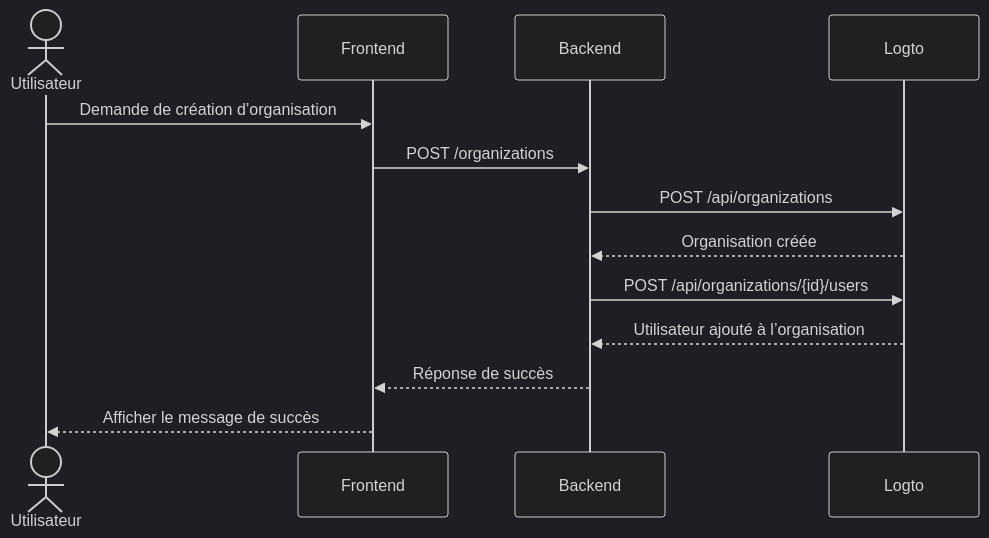
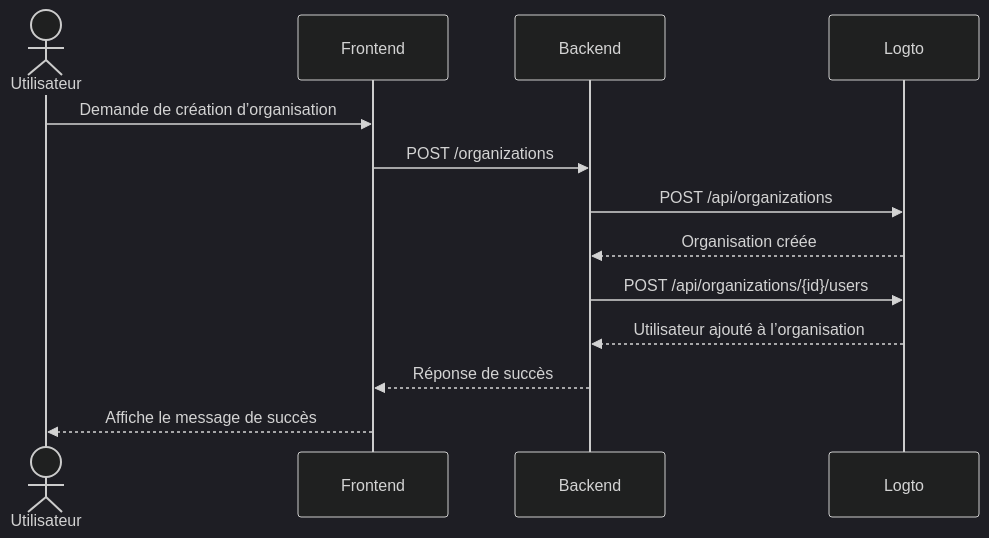
The seventh of 7 diagrams in i18n/fr/docusaurus-plugin-content-docs/current/use-cases/multi-tenancy/build-multi-tenant-saas-application.mdx (logto-io/docs), drawn with Mermaid (dark theme) before and after one commit. The commit also changed other lines of this file and 666 other files, not shown here.

````diff
--- a/i18n/fr/docusaurus-plugin-content-docs/current/use-cases/multi-tenancy/build-multi-tenant-saas-application.mdx
+++ b/i18n/fr/docusaurus-plugin-content-docs/current/use-cases/multi-tenancy/build-multi-tenant-saas-application.mdx
@@ -572,16 +572,16 @@
 ```mermaid
 sequenceDiagram
   actor A as Utilisateur
   participant B as Frontend
   participant C as Backend
   participant D as Logto
 
   A->>B: Demande de création d’organisation
   B->>C: POST /organizations
   C->>D: POST /api/organizations
   D-->>C: Organisation créée
   C->>D: POST /api/organizations/{id}/users
   D-->>C: Utilisateur ajouté à l’organisation
   C-->>B: Réponse de succès
-  B-->>A: Afficher le message de succès
+  B-->>A: Affiche le message de succès
 ```
````
